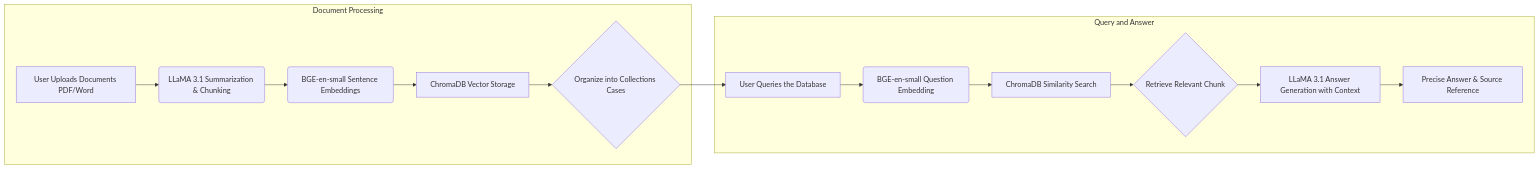
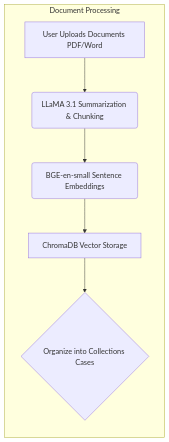
One commit to shresthasingh1501/rachel.ai changed the diagram in README.md. Above: the diagram before and after it, drawn with Mermaid.

````diff
--- a/README.md
+++ b/README.md
@@ -10,19 +10,9 @@
 ```mermaid
 graph LR
     subgraph "Document Processing"
         A[User Uploads Documents PDF/Word] --> B(LLaMA 3.1 Summarization & Chunking)
         B --> C(BGE-en-small Sentence Embeddings)
         C --> D[ChromaDB Vector Storage]
         D --> E{Organize into Collections Cases}
     end
-    
-    subgraph "Query and Answer"
-        F[User Queries the Database] --> G(BGE-en-small Question Embedding)
-        G --> H[ChromaDB Similarity Search]
-        H --> I{Retrieve Relevant Chunk}
-        I --> J[LLaMA 3.1 Answer Generation with Context]
-        J --> K[Precise Answer & Source Reference]
-    end
-    
-    E --> F
 ```        
````
